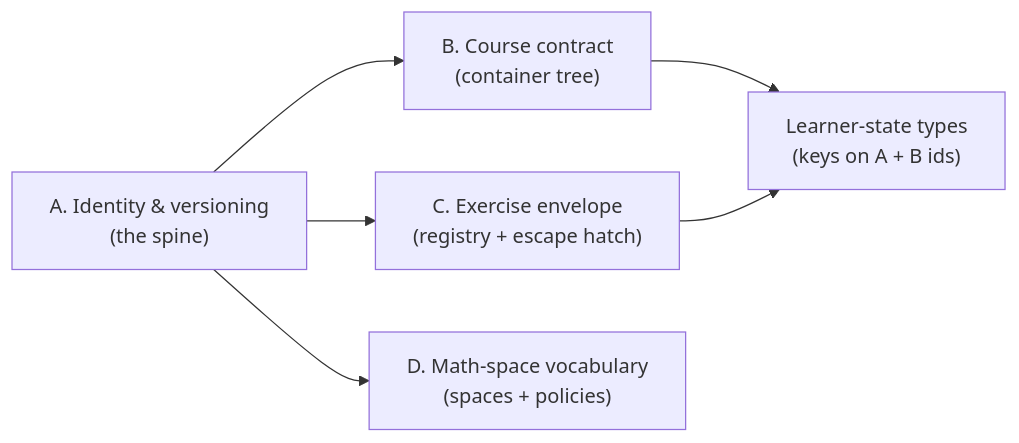
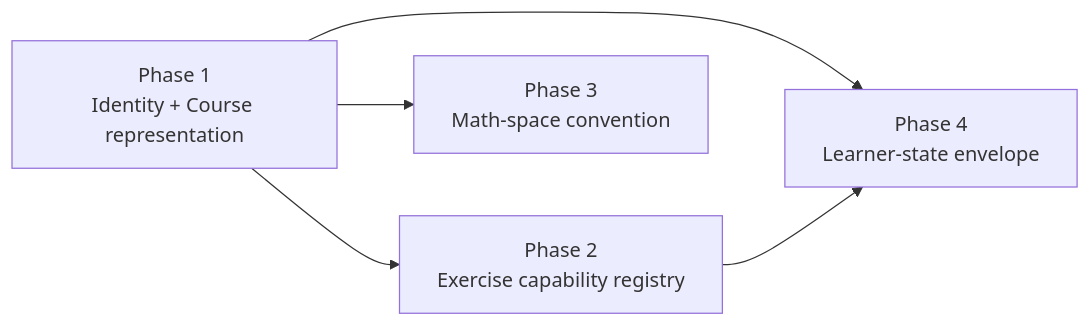
The diagram in .cursor/plans/platform_contracts_scaffold_d3696b2c.plan.md (chess6/technical-learning), drawn with Mermaid before and after one commit. The commit also changed other lines of this file and 4 other files, not shown here.

First line of the commit message:
Add identity contract and course-model scaffold

````diff
--- a/.cursor/plans/platform_contracts_scaffold_d3696b2c.plan.md
+++ b/.cursor/plans/platform_contracts_scaffold_d3696b2c.plan.md
@@ -54,8 +70,7 @@
 ```mermaid
 flowchart LR
-  A["A. Identity & versioning<br/>(the spine)"] --> B["B. Course contract<br/>(container tree)"]
-  A --> C["C. Exercise envelope<br/>(registry + escape hatch)"]
-  A --> D["D. Math-space vocabulary<br/>(spaces + policies)"]
-  B --> E["Learner-state types<br/>(keys on A + B ids)"]
-  C --> E
+  P1["Phase 1<br/>Identity + Course representation"] --> P2["Phase 2<br/>Exercise capability registry"]
+  P1 --> P3["Phase 3<br/>Math-space convention"]
+  P1 --> P4["Phase 4<br/>Learner-state envelope"]
+  P2 --> P4
 ```
````
